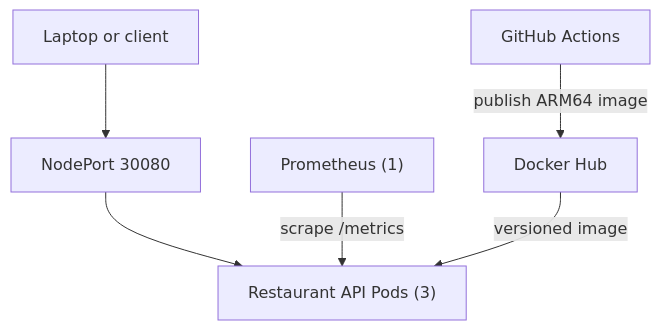
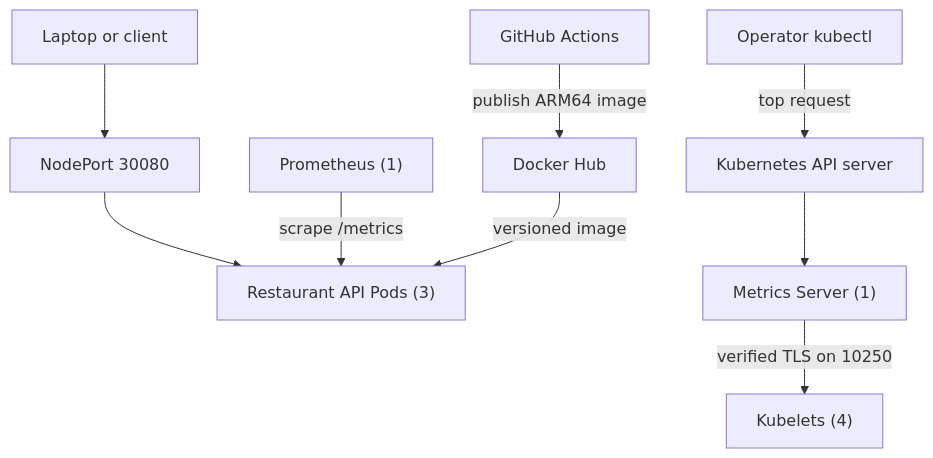
Before and after one commit to wmstipes/The-Foundry-Initiative: the diagram in docs/architecture.md, drawn with Mermaid. The commit also changed other lines of this file and 20 other files, not shown here.

Commit message:
Complete Kubernetes Metrics Server evaluation

````diff
--- a/docs/architecture.md
+++ b/docs/architecture.md
@@ -15,8 +15,11 @@
 ```mermaid
 flowchart TD
     Client["Laptop or client"] --> NodePort["NodePort 30080"]
     NodePort --> API["Restaurant API Pods (3)"]
     Prometheus["Prometheus (1)"] -->|scrape /metrics| API
+    Operator["Operator kubectl"] -->|top request| APIServer["Kubernetes API server"]
+    APIServer --> MetricsServer["Metrics Server (1)"]
+    MetricsServer -->|verified TLS on 10250| Kubelets["Kubelets (4)"]
     Actions["GitHub Actions"] -->|publish ARM64 image| Registry["Docker Hub"]
     Registry -->|versioned image| API
 ```
````
